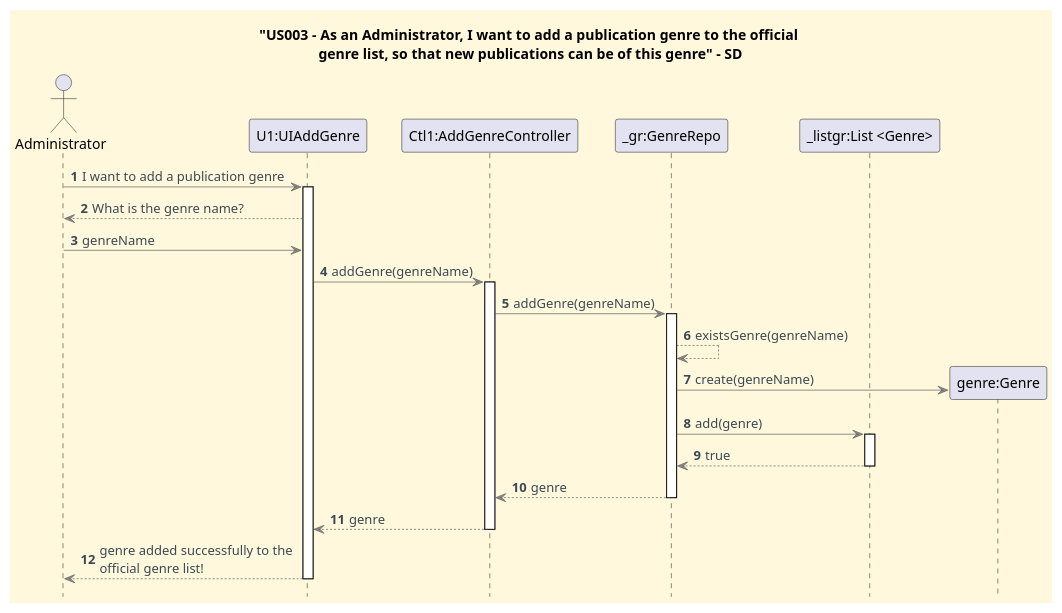
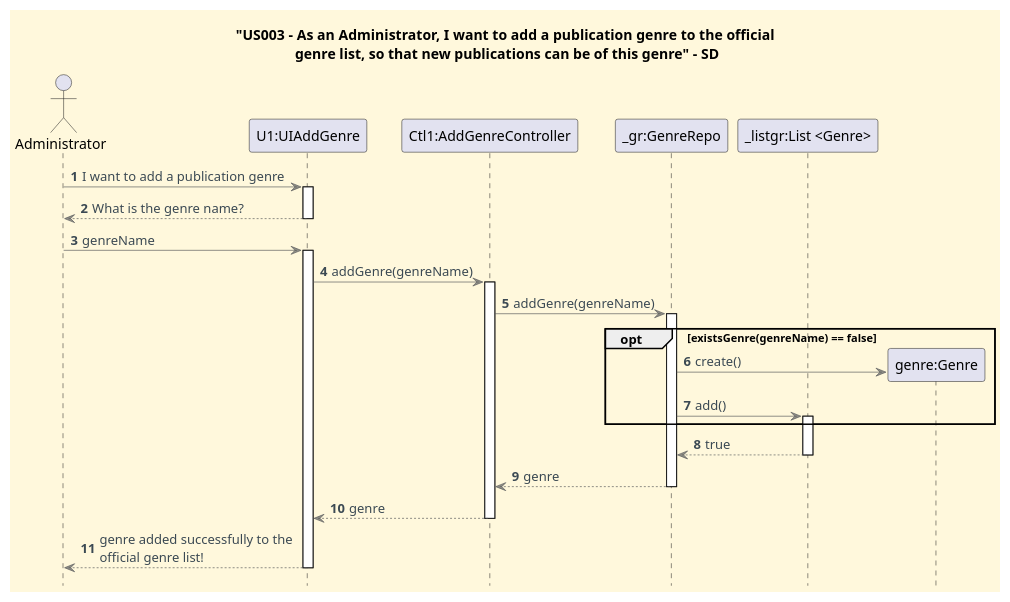
The diagram in docs/userStories/US003/US003_add_genre_SD.puml (CarolinaLeite-collab/JavaMarketplacePlatform), drawn with PlantUML before and after one commit. The commit also changed 1 other file, not shown here.

```diff
--- a/docs/userStories/US003/US003_add_genre_SD.puml
+++ b/docs/userStories/US003/US003_add_genre_SD.puml
@@ -1,55 +1,56 @@
 @startuml
 
 title "US003 - As an Administrator, I want to add a publication genre to the official \ngenre list, so that new publications can be of this genre" - SD
 
 '==== basic style ====
 skinparam monochrome false
 skinparam shadowing false
 skinparam defaultFontName Futura
 skinparam objectFontSize 20
 skinparam backgroundColor CornSilk
 skinparam objectBackgroundColor WhiteSmoke
 skinparam noteBackgroundColor #FFFFE0
 skinparam ArrowFontColor #3B4953
 skinparam ArrowColor #57595BAA
 skinparam ActivationBackgroundColor WhiteSmoke
 hidefootbox
 
 autonumber
 
 actor Administrator
 participant "U1:UIAddGenre" as UI
 participant "Ctl1:AddGenreController" as Ctl
 participant "_gr:GenreRepo" as gr
 participant "_listgr:List <Genre>" as list
 
 Administrator -> UI: I want to add a publication genre
 activate UI
-
 UI --> Administrator: What is the genre name?
+deactivate UI
 Administrator -> UI: genreName
+activate UI
 
 UI -> Ctl: addGenre(genreName)
 activate Ctl
-
 Ctl -> gr: addGenre(genreName)
 activate gr
-gr --> gr: existsGenre(genreName)
 
-create "genre:Genre"
-gr -> "genre:Genre": create(genreName)
+opt existsGenre(genreName) == false
+        create "genre:Genre"
+        gr -> "genre:Genre": create()
+        gr -> list: add()
+        activate list
+    end
 
-gr -> list: add(genre)
-activate list
 list --> gr: true
 deactivate list
 gr --> Ctl: genre
 deactivate gr
 
 Ctl --> UI: genre
 deactivate Ctl
 
 UI --> Administrator: genre added successfully to the \nofficial genre list!
 deactivate UI
 
 @enduml
```
